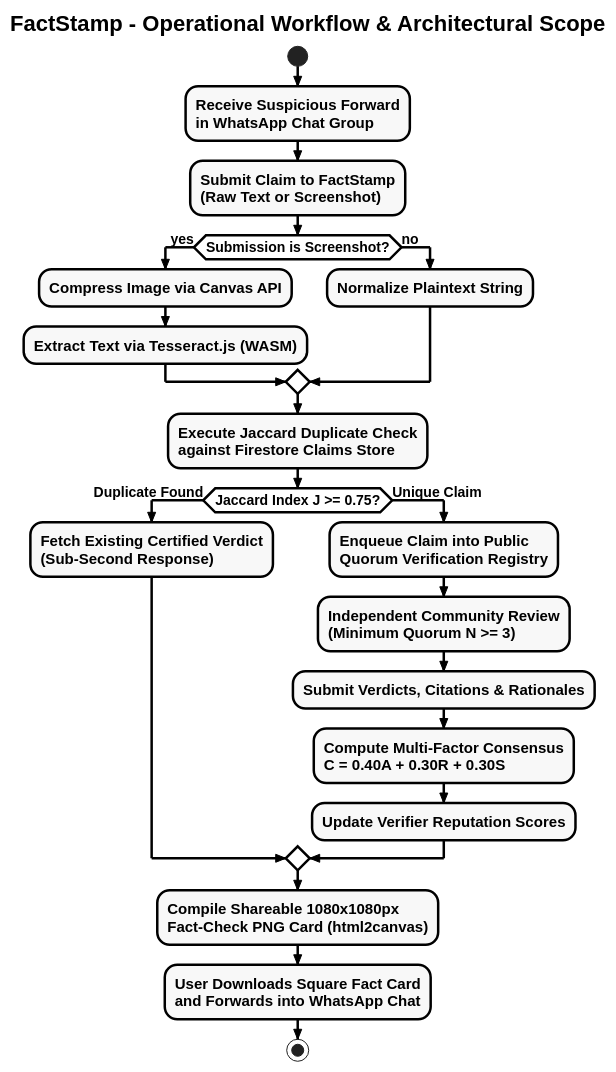
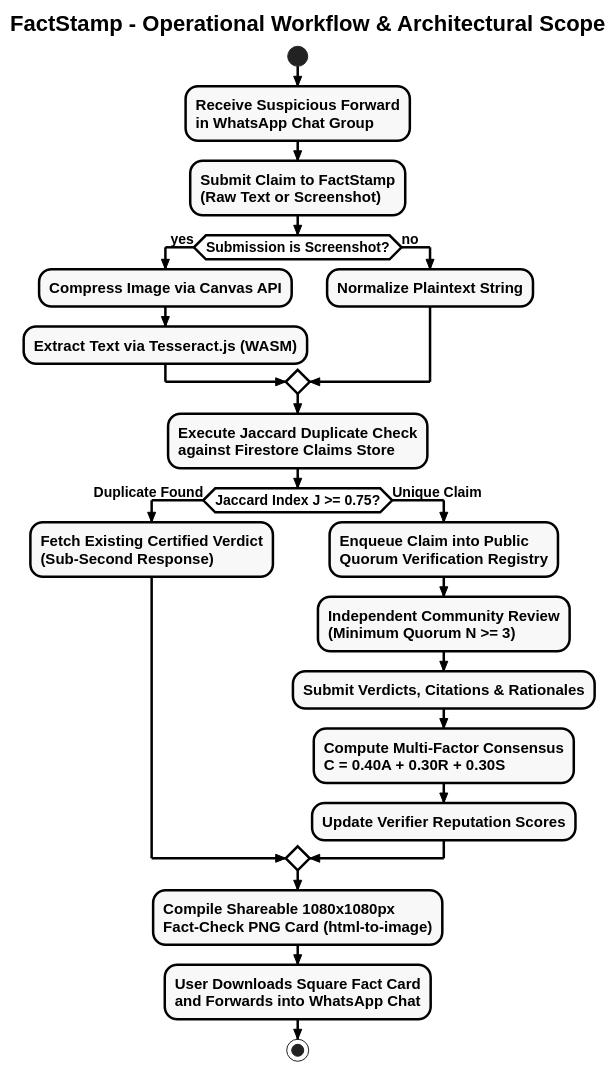
The diagram in FactStamp/Submission of CHAPTER 1: INTRODUCTION 1.1 Background 1.2 Objectives 1.3 Purpose, Scope, and Applicability 1.3.1 Purpose 1.3.2 Scope 1.3.3 Applicability/attachments/system_workflow.puml (aadish0day/typst), drawn with PlantUML before and after one commit. The commit also changed 25 other files, not shown here.

First line of the commit message:
docs(factstamp): replace html2canvas with html-to-image across all chapters

```diff
--- a/FactStamp/Submission of CHAPTER 1: INTRODUCTION 1.1 Background 1.2 Objectives 1.3 Purpose, Scope, and Applicability 1.3.1 Purpose 1.3.2 Scope 1.3.3 Applicability/attachments/system_workflow.puml
+++ b/FactStamp/Submission of CHAPTER 1: INTRODUCTION 1.1 Background 1.2 Objectives 1.3 Purpose, Scope, and Applicability 1.3.1 Purpose 1.3.2 Scope 1.3.3 Applicability/attachments/system_workflow.puml
@@ -1,60 +1,60 @@
 @startuml
 skinparam style strictuml
 skinparam monochrome true
 skinparam defaultFontName "Liberation Sans"
 skinparam defaultFontSize 16
 skinparam defaultFontStyle bold
 skinparam titleFontSize 22
 skinparam titleFontStyle bold
 
 skinparam backgroundColor white
 skinparam ArrowColor black
 skinparam ArrowThickness 2.5
 skinparam ArrowFontSize 14
 skinparam ArrowFontStyle bold
 
 skinparam ActivityBorderColor black
 skinparam ActivityBorderThickness 2.5
 skinparam ActivityBackgroundColor #F8F9FA
 skinparam ActivityFontSize 15
 skinparam ActivityFontStyle bold
 
 skinparam ActivityDiamondBorderColor black
 skinparam ActivityDiamondBorderThickness 2.5
 skinparam ActivityDiamondBackgroundColor #FFFFFF
 skinparam ActivityDiamondFontSize 14
 skinparam ActivityDiamondFontStyle bold
 
 title FactStamp - Operational Workflow & Architectural Scope
 
 start
 
 :Receive Suspicious Forward\nin WhatsApp Chat Group;
 
 :Submit Claim to FactStamp\n(Raw Text or Screenshot);
 
 if (Submission is Screenshot?) then (yes)
   :Compress Image via Canvas API;
   :Extract Text via Tesseract.js (WASM);
 else (no)
   :Normalize Plaintext String;
 endif
 
 :Execute Jaccard Duplicate Check\nagainst Firestore Claims Store;
 
 if (Jaccard Index J >= 0.75?) then (Duplicate Found)
   :Fetch Existing Certified Verdict\n(Sub-Second Response);
 else (Unique Claim)
   :Enqueue Claim into Public\nQuorum Verification Registry;
   :Independent Community Review\n(Minimum Quorum N >= 3);
   :Submit Verdicts, Citations & Rationales;
   :Compute Multi-Factor Consensus\nC = 0.40A + 0.30R + 0.30S;
   :Update Verifier Reputation Scores;
 endif
 
-:Compile Shareable 1080x1080px\nFact-Check PNG Card (html2canvas);
+:Compile Shareable 1080x1080px\nFact-Check PNG Card (html-to-image);
 
 :User Downloads Square Fact Card\nand Forwards into WhatsApp Chat;
 
 stop
 @enduml
```
